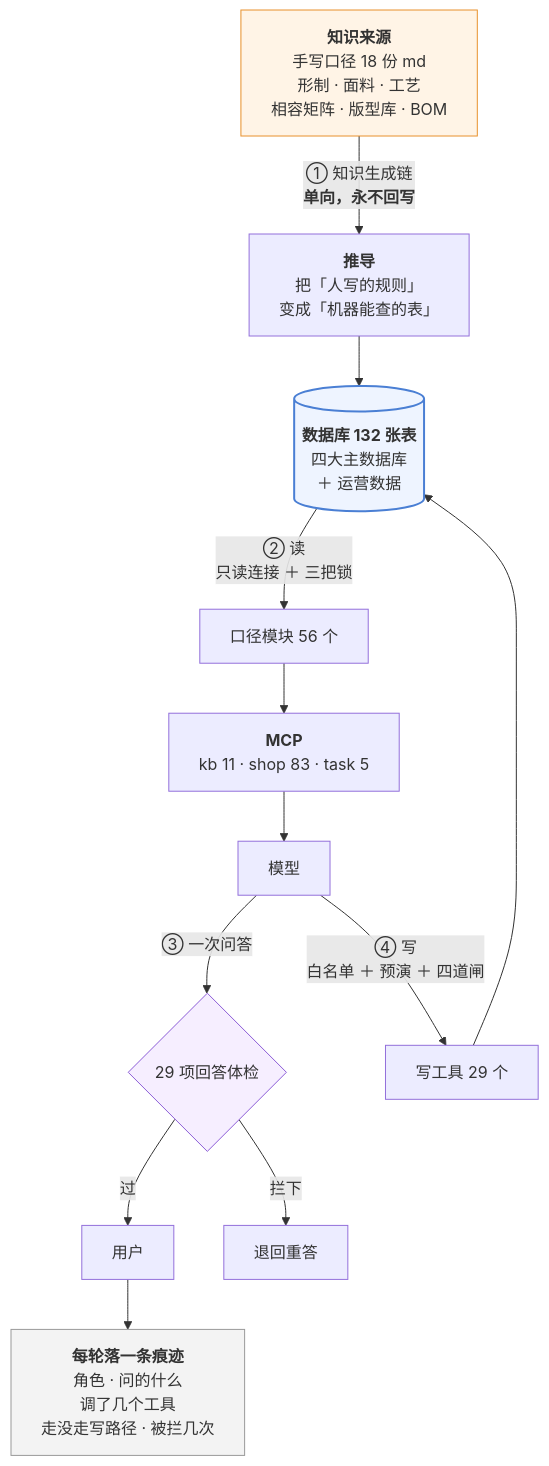
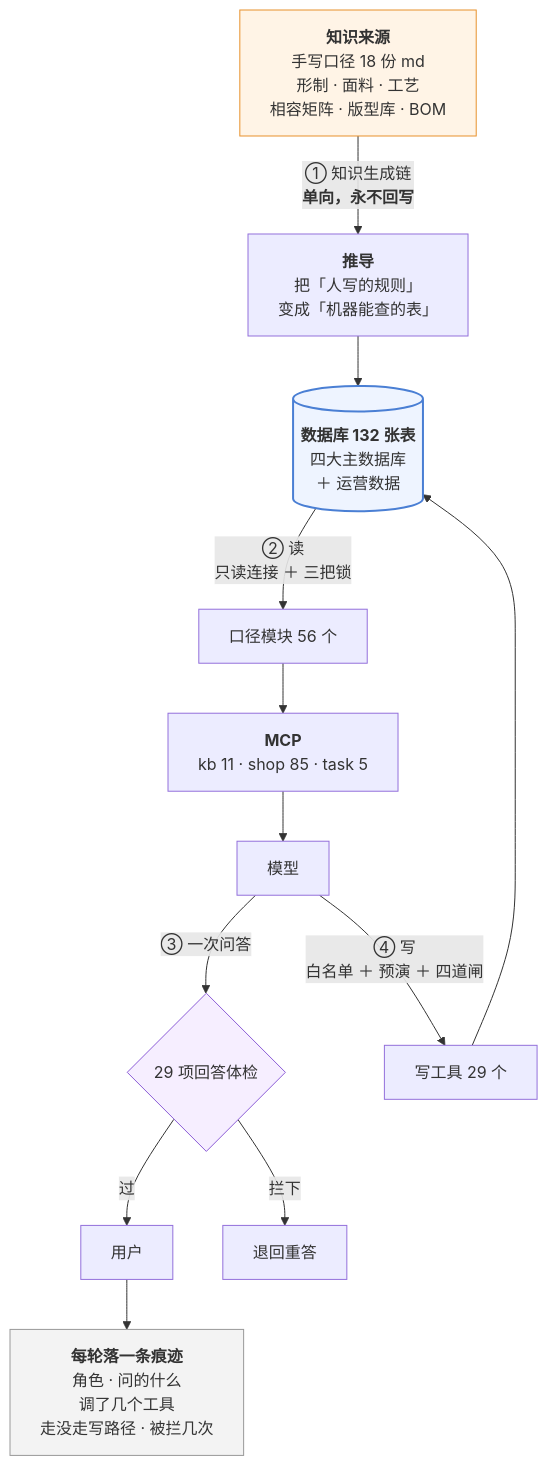
Before and after one commit to 843773296-rgb/lanxiu-yunshang-agent: the third of 3 diagrams in 澜绣云裳agent-产品说明.md, drawn with Mermaid. The commit also changed other lines of this file and 12 other files, not shown here.

First line of the commit message:
顾问和版师能在聊天里看商品图;缺工具时助手问清需求、代写能力申请单,用户点确认提交

````diff
--- a/澜绣云裳agent-产品说明.md
+++ b/澜绣云裳agent-产品说明.md
@@ -1044,24 +1044,24 @@
 ```mermaid
 flowchart TD
     MD["<b>知识来源</b><br/>手写口径 18 份 md<br/>形制 · 面料 · 工艺<br/>相容矩阵 · 版型库 · BOM"]
     MD -->|"① 知识生成链<br/><b>单向，永不回写</b>"| DV["<b>推导</b><br/>把「人写的规则」<br/>变成「机器能查的表」"]
     DV --> DB[("<b>数据库 132 张表</b><br/>四大主数据库<br/>＋ 运营数据")]
 
     DB -->|"② 读<br/>只读连接 ＋ 三把锁"| KJ["口径模块 56 个"]
-    KJ --> MCP["<b>MCP</b><br/>kb 11 · shop 83 · task 5"]
+    KJ --> MCP["<b>MCP</b><br/>kb 11 · shop 85 · task 5"]
     MCP --> LLM["模型"]
 
     LLM -->|"③ 一次问答"| GD{"29 项回答体检"}
     GD -- 过 --> U["用户"]
     GD -- 拦下 --> RE["退回重答"]
 
     LLM -->|"④ 写<br/>白名单 ＋ 预演 ＋ 四道闸"| W["写工具 29 个"]
     W --> DB
 
     U --> TR["<b>每轮落一条痕迹</b><br/>角色 · 问的什么<br/>调了几个工具<br/>走没走写路径 · 被拦几次"]
 
     style MD fill:#fff4e6,stroke:#e8912d
     style DB fill:#eef4ff,stroke:#4a7fd4,stroke-width:2px
     style GD fill:#f6eeff,stroke:#8b5cd6
     style TR fill:#f3f3f3,stroke:#999
 ```
````
